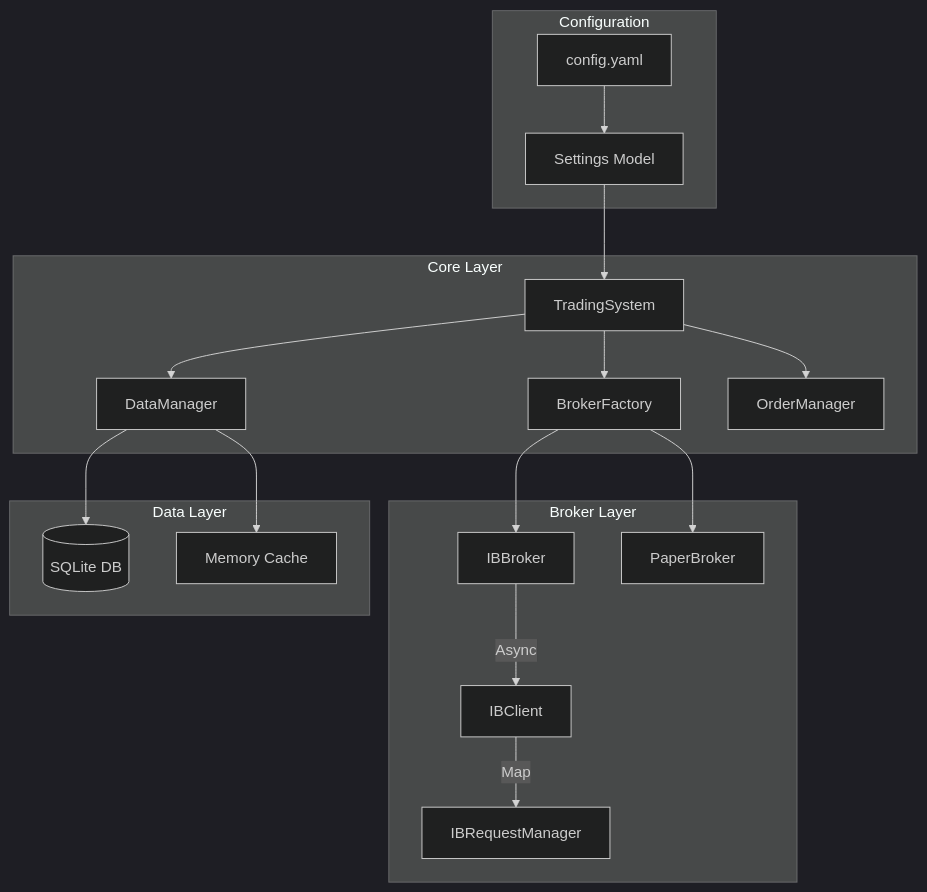
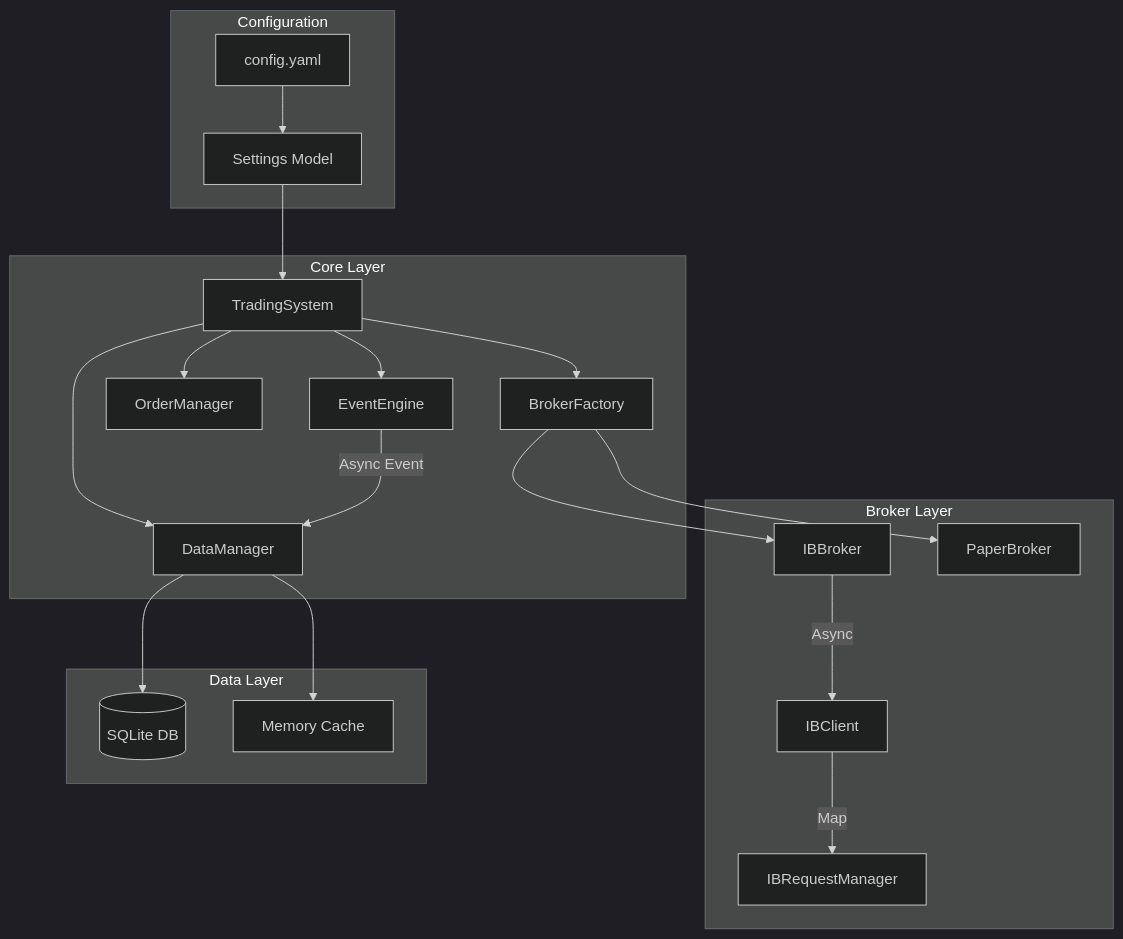
One commit to birjoossh/trading-system changed the first of 3 diagrams in unified_trading_platform/docs/architecture.md. Above: the diagram before and after it, drawn with Mermaid (dark theme). The commit also changed other lines of this file and 5 other files, not shown here.

Commit message:
feat: Introduce an event engine for asynchronous tick processing, decoupling real-time data handling from broker callbacks to improve concurrency.

````diff
--- a/unified_trading_platform/docs/architecture.md
+++ b/unified_trading_platform/docs/architecture.md
@@ -6,26 +6,29 @@
 ```mermaid
 graph TD
     subgraph "Core Layer"
         TS[TradingSystem] --> BF[BrokerFactory]
         TS --> DM[DataManager]
         TS --> OM[OrderManager]
+        TS --> EE[EventEngine]
     end
 
     subgraph "Broker Layer"
         BF --> IB[IBBroker]
         BF --> Paper[PaperBroker]
         
         IB -->|Async| IBC[IBClient]
         IBC -->|Map| RM[IBRequestManager]
     end
 
     subgraph "Data Layer"
         DM --> DB[(SQLite DB)]
         DM --> Cache[Memory Cache]
     end
 
+    EE -->|Async Event| DM
+
     subgraph "Configuration"
         Config[config.yaml] --> Settings[Settings Model]
         Settings --> TS
     end
 ```
````
